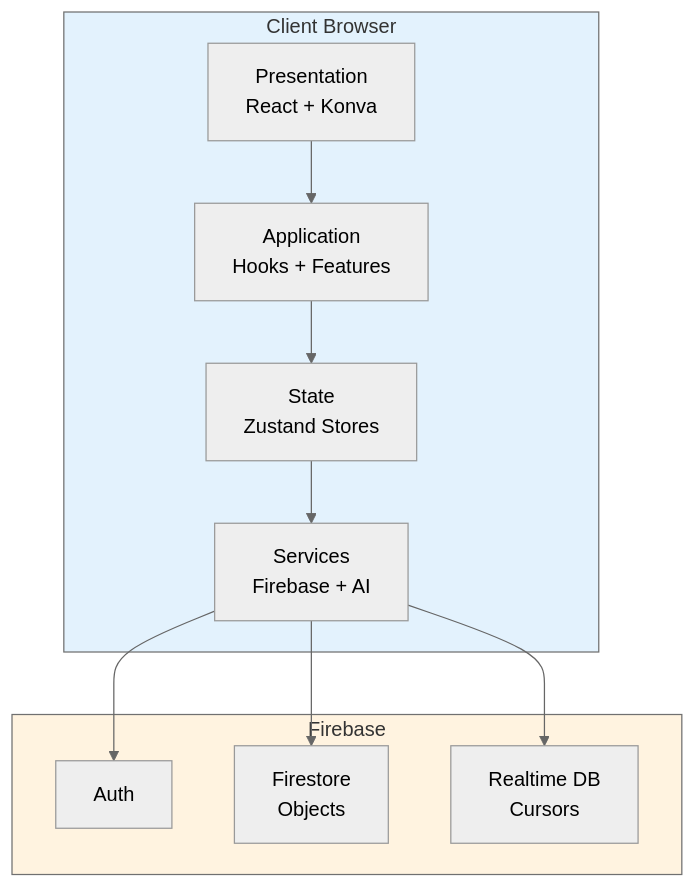
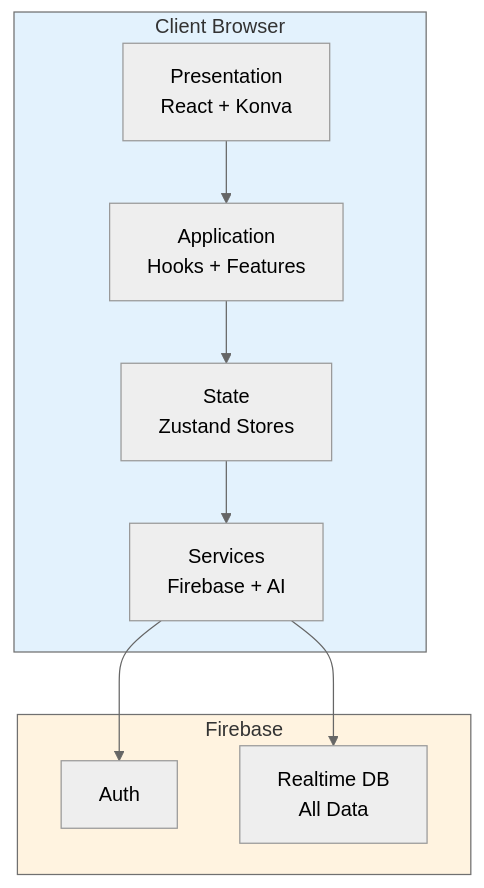
The first of 4 diagrams in _docs/architecture.md (andepants/figma-clone), drawn with Mermaid (neutral theme) before and after one commit. The commit also changed other lines of this file and 93 other files, not shown here.

````diff
--- a/_docs/architecture.md
+++ b/_docs/architecture.md
@@ -23,21 +23,20 @@
 ```mermaid
 graph TB
     subgraph Client["Client Browser"]
         UI[Presentation<br/>React + Konva]
         App[Application<br/>Hooks + Features]
         State[State<br/>Zustand Stores]
         Services[Services<br/>Firebase + AI]
     end
 
     subgraph Backend["Firebase"]
         Auth[Auth]
-        Firestore[Firestore<br/>Objects]
-        RealtimeDB[Realtime DB<br/>Cursors]
+        RealtimeDB[Realtime DB<br/>All Data]
     end
 
     UI --> App --> State --> Services
-    Services --> Auth & Firestore & RealtimeDB
+    Services --> Auth & RealtimeDB
 
     style Client fill:#e3f2fd
     style Backend fill:#fff3e0
 ```
````
